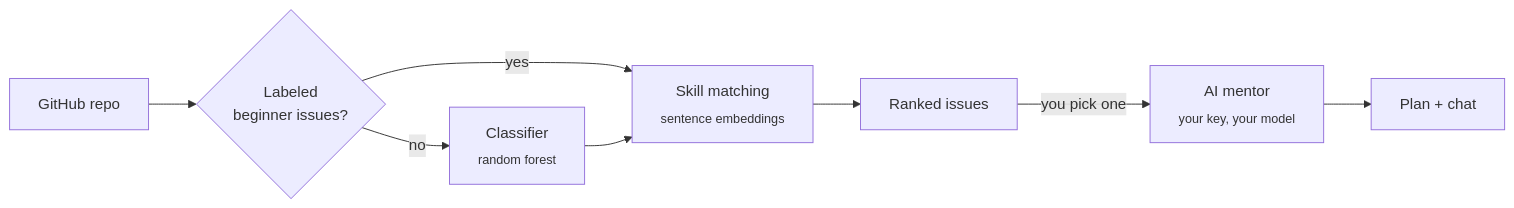
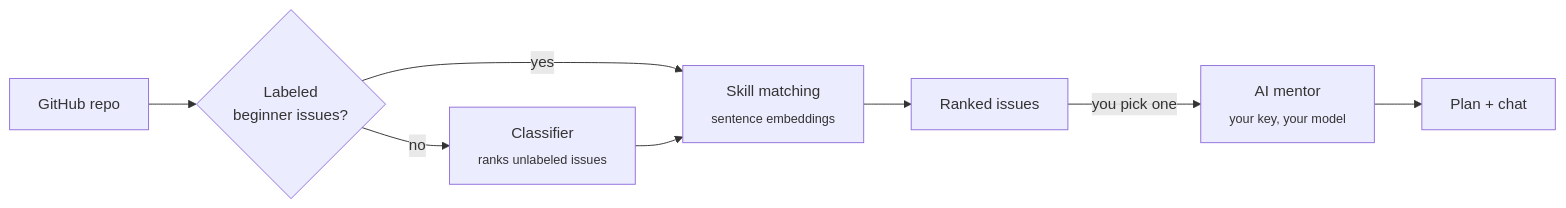
Before and after one commit to SaurabhLingam/FirstPR-frontend: the diagram in README.md, drawn with Mermaid. The commit also changed other lines of this file and 1 other file, not shown here.

Commit message:
Describe the new beginner-issue classifier on the landing page and README

````diff
--- a/README.md
+++ b/README.md
@@ -43,9 +43,9 @@
 ```mermaid
 flowchart LR
     A[GitHub repo] --> B{Labeled<br/>beginner issues?}
     B -- yes --> D[Skill matching<br/><sub>sentence embeddings</sub>]
-    B -- no --> C[Classifier<br/><sub>random forest</sub>] --> D
+    B -- no --> C[Classifier<br/><sub>ranks unlabeled issues</sub>] --> D
     D --> E[Ranked issues]
     E -- you pick one --> F[AI mentor<br/><sub>your key, your model</sub>]
     F --> G[Plan + chat]
 ```
````
